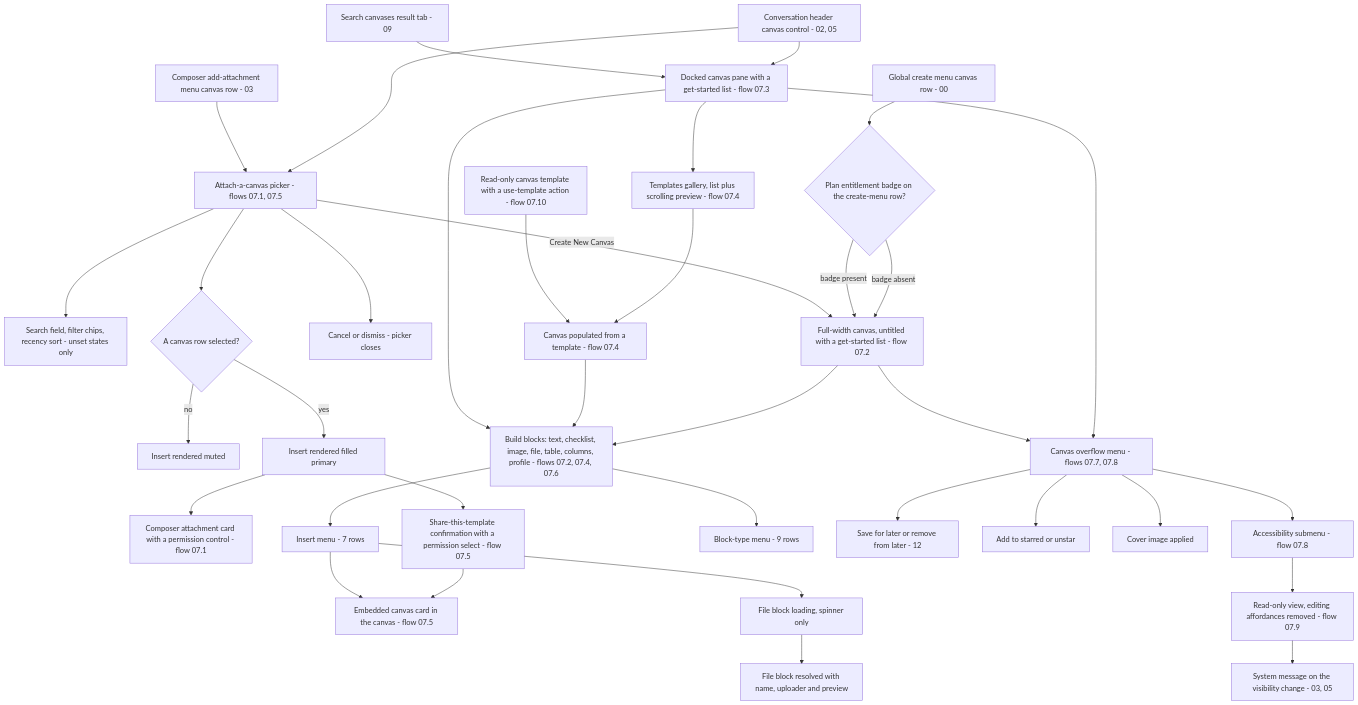
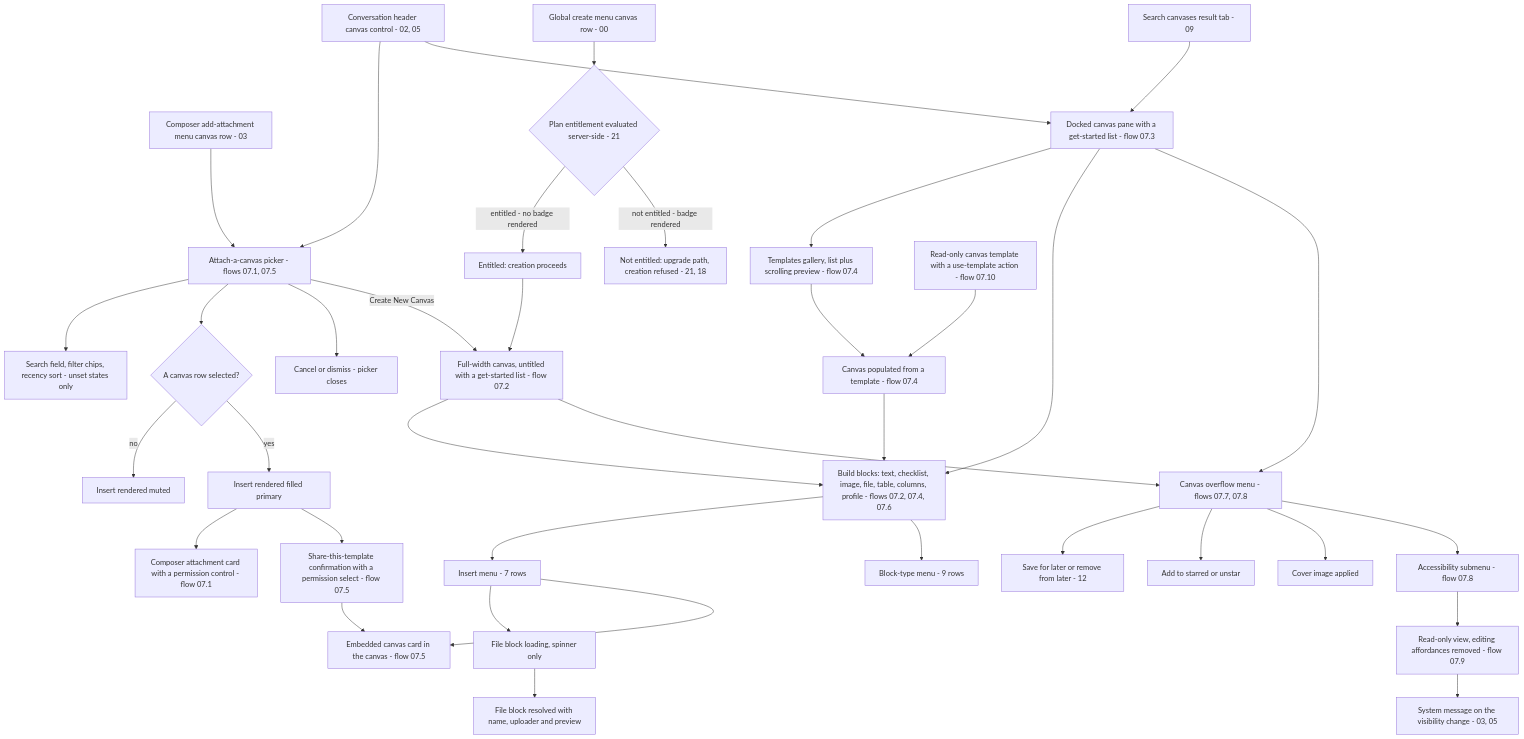
One commit to blitzy-research/blitzy-slack changed the diagram in docs/workflows/07-canvases.md. Above: the diagram before and after it, drawn with Mermaid. The commit also changed other lines of this file and 20 other files, not shown here.

````diff
--- a/docs/workflows/07-canvases.md
+++ b/docs/workflows/07-canvases.md
@@ -355,79 +355,82 @@
 ```mermaid
 flowchart TD
     HEADERCTL["Conversation header canvas control - 02, 05"]
     CREATEMENU["Global create menu canvas row - 00"]
     ATTACHMENU["Composer add-attachment menu canvas row - 03"]
     SEARCHTAB["Search canvases result tab - 09"]
-    GATE{"Plan entitlement badge on the create-menu row?"}
+    GATE{"Plan entitlement evaluated server-side - 21"}
+    ENTITLED["Entitled: creation proceeds"]
+    UPSELL["Not entitled: upgrade path, creation refused - 21, 18"]
 
     PICKER["Attach-a-canvas picker - flows 07.1, 07.5"]
     SEARCHFIELD["Search field, filter chips, recency sort - unset states only"]
     ROWSEL{"A canvas row selected?"}
     INSERTOFF["Insert rendered muted"]
     INSERTON["Insert rendered filled primary"]
     CANCEL["Cancel or dismiss - picker closes"]
 
     COMPOSERCHIP["Composer attachment card with a permission control - flow 07.1"]
     SHARECONFIRM["Share-this-template confirmation with a permission select - flow 07.5"]
     EMBEDCARD["Embedded canvas card in the canvas - flow 07.5"]
 
     NEWCANVAS["Full-width canvas, untitled with a get-started list - flow 07.2"]
     PANE["Docked canvas pane with a get-started list - flow 07.3"]
     GALLERY["Templates gallery, list plus scrolling preview - flow 07.4"]
     POPULATED["Canvas populated from a template - flow 07.4"]
 
     BUILD["Build blocks: text, checklist, image, file, table, columns, profile - flows 07.2, 07.4, 07.6"]
     INSERTMENU["Insert menu - 7 rows"]
     BLOCKMENU["Block-type menu - 9 rows"]
     UPLOADING["File block loading, spinner only"]
     FILEBLOCK["File block resolved with name, uploader and preview"]
 
     OVERFLOW["Canvas overflow menu - flows 07.7, 07.8"]
     LATER["Save for later or remove from later - 12"]
     STARRED["Add to starred or unstar"]
     COVER["Cover image applied"]
     ACCESS["Accessibility submenu - flow 07.8"]
     READONLY["Read-only view, editing affordances removed - flow 07.9"]
     SYSMSG["System message on the visibility change - 03, 05"]
     TEMPLATEREAD["Read-only canvas template with a use-template action - flow 07.10"]
 
     HEADERCTL --> PICKER
     HEADERCTL --> PANE
     ATTACHMENU --> PICKER
     CREATEMENU --> GATE
-    GATE -->|badge absent| NEWCANVAS
-    GATE -->|badge present| NEWCANVAS
+    GATE -->|entitled - no badge rendered| ENTITLED
+    GATE -->|not entitled - badge rendered| UPSELL
+    ENTITLED --> NEWCANVAS
     SEARCHTAB --> PANE
 
     PICKER --> SEARCHFIELD
     PICKER --> ROWSEL
     ROWSEL -->|no| INSERTOFF
     ROWSEL -->|yes| INSERTON
     PICKER --> CANCEL
     PICKER -->|Create New Canvas| NEWCANVAS
     INSERTON --> COMPOSERCHIP
     INSERTON --> SHARECONFIRM
     SHARECONFIRM --> EMBEDCARD
 
     NEWCANVAS --> BUILD
     PANE --> GALLERY
     GALLERY --> POPULATED
     POPULATED --> BUILD
     PANE --> BUILD
 
     BUILD --> INSERTMENU
     BUILD --> BLOCKMENU
     INSERTMENU --> UPLOADING
     UPLOADING --> FILEBLOCK
     INSERTMENU --> EMBEDCARD
 
     PANE --> OVERFLOW
     NEWCANVAS --> OVERFLOW
     OVERFLOW --> LATER
     OVERFLOW --> STARRED
     OVERFLOW --> COVER
     OVERFLOW --> ACCESS
     ACCESS --> READONLY
     READONLY --> SYSMSG
     TEMPLATEREAD --> POPULATED
 ```
````
